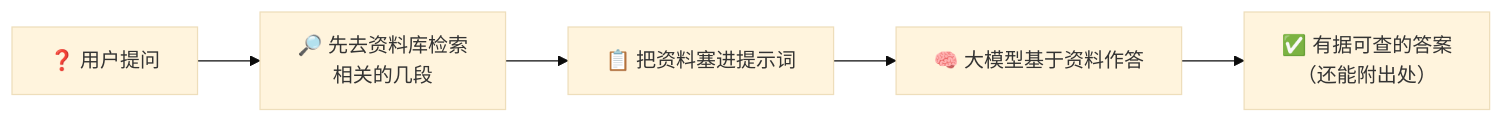
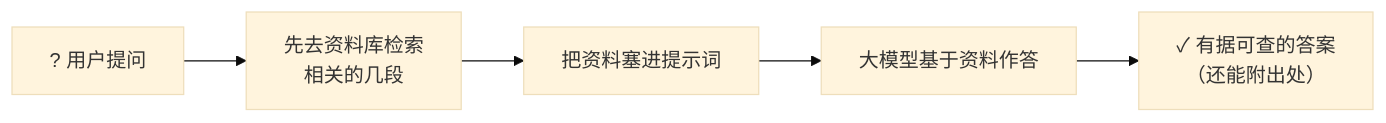
One commit to luckykhy/KhyAiHub changed the first of 5 diagrams in docs/02_CONCEPTS_概念入门/CONCEPT/[CONCEPT-11] 什么是RAG-检索增强生成.md. Above: the diagram before and after it, drawn with Mermaid (base theme). The commit also changed other lines of this file and 19 other files, not shown here.

````diff
--- a/docs/02_CONCEPTS_概念入门/CONCEPT/[CONCEPT-11] 什么是RAG-检索增强生成.md
+++ b/docs/02_CONCEPTS_概念入门/CONCEPT/[CONCEPT-11] 什么是RAG-检索增强生成.md
@@ -48,7 +48,7 @@
 ```mermaid
 flowchart LR
-  Q["❓ 用户提问"] --> R["🔎 先去资料库检索<br/>相关的几段"]
-  R --> P["📋 把资料塞进提示词"]
-  P --> LLM["🧠 大模型基于资料作答"]
-  LLM --> A["✅ 有据可查的答案<br/>（还能附出处）"]
+  Q["? 用户提问"] --> R["先去资料库检索<br/>相关的几段"]
+  R --> P["把资料塞进提示词"]
+  P --> LLM["大模型基于资料作答"]
+  LLM --> A["✓ 有据可查的答案<br/>（还能附出处）"]
 ```
````
